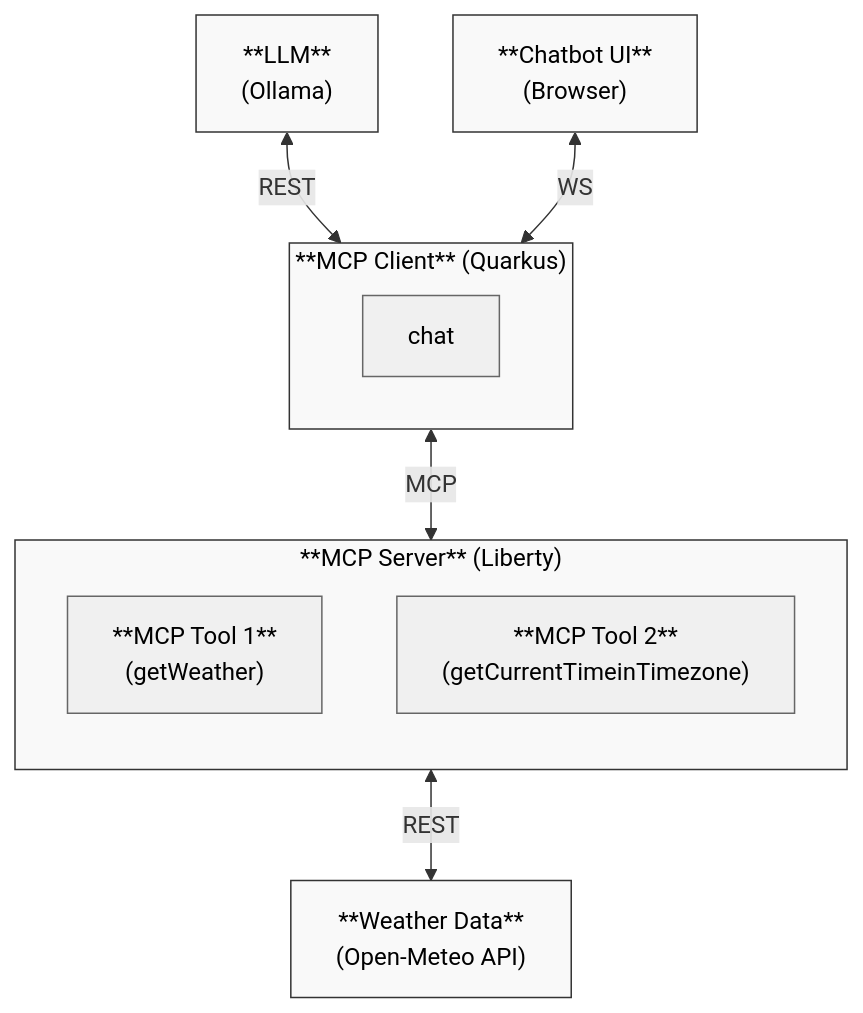
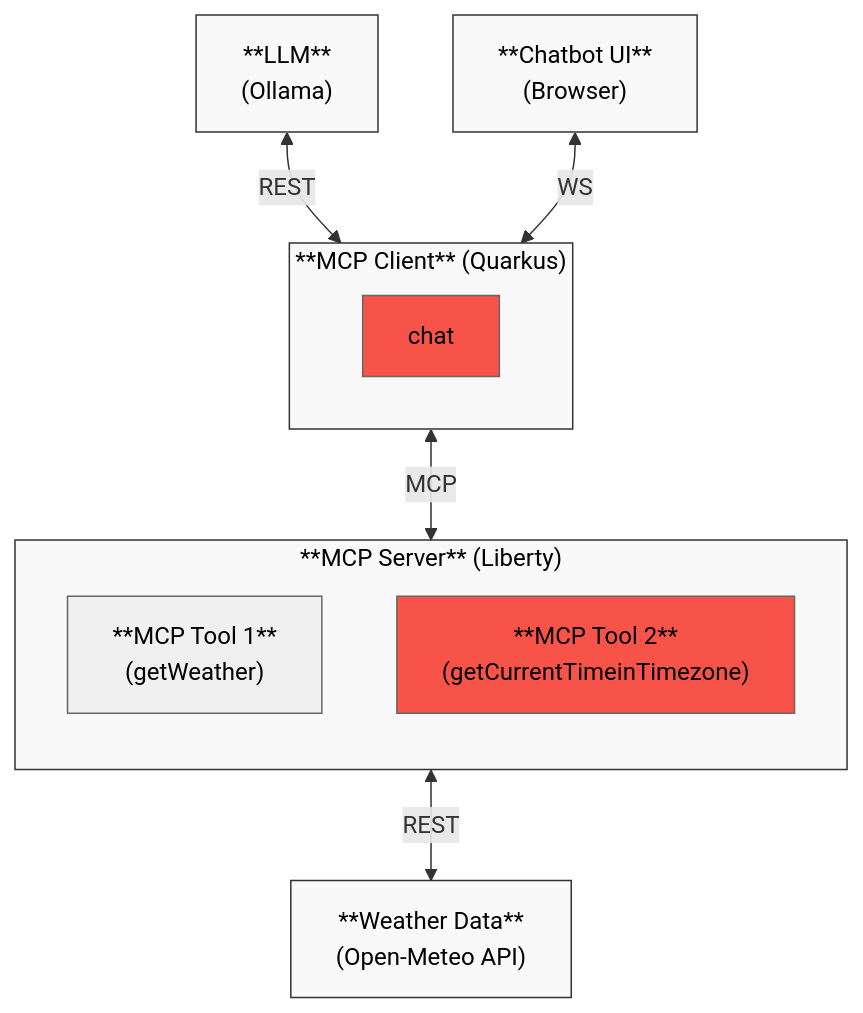
Before and after one commit to cloudnativedemo/liberty-mcp-server: the diagram in README.md, drawn with Mermaid.

Commit message:
new color for highlighting changes

````diff
--- a/README.md
+++ b/README.md
@@ -8,32 +8,33 @@
 ```mermaid
 
 flowchart TD
     LLM["**LLM**<br>(Ollama)"]
     UI["**Chatbot UI**<br>(Browser)"]
     
     subgraph Client["**MCP Client** (Quarkus)"]
         Tool_Client["chat"]
     end
     
     subgraph Server["**MCP Server** (Liberty)"]
         direction TB
         Tool_1["**MCP Tool 1**<br>(getWeather)"]
         Tool_2["**MCP Tool 2**<br>(getCurrentTimeinTimezone)"]
     end
 
     API["**Weather Data**<br>(Open-Meteo API)"]
     
     LLM <--"REST"--> Client
     UI <--"WS"--> Client
     Client <--"MCP"--> Server
     Tool_1 <--"REST"--> API
     
     classDef component fill:#f9f9f9,stroke:#333,stroke-width:1px,color:black;
     class LLM,UI,Client,API component;
     classDef serverComponent fill:#f9f9f9,stroke:#333,stroke-width:1px,color:black;
     class Server serverComponent;
     classDef toolComponent fill:#f0f0f0,stroke:#666,stroke-width:1px,color:black;
+    classDef toolNew fill:#f75348,stroke:#666,stroke-width:1px,color:black;
     class Tool_1 toolComponent;
-    class Tool_2 toolComponent;
-    class Tool_Client toolComponent;
+    class Tool_2 toolNew;
+    class Tool_Client toolNew;
 ```
````
